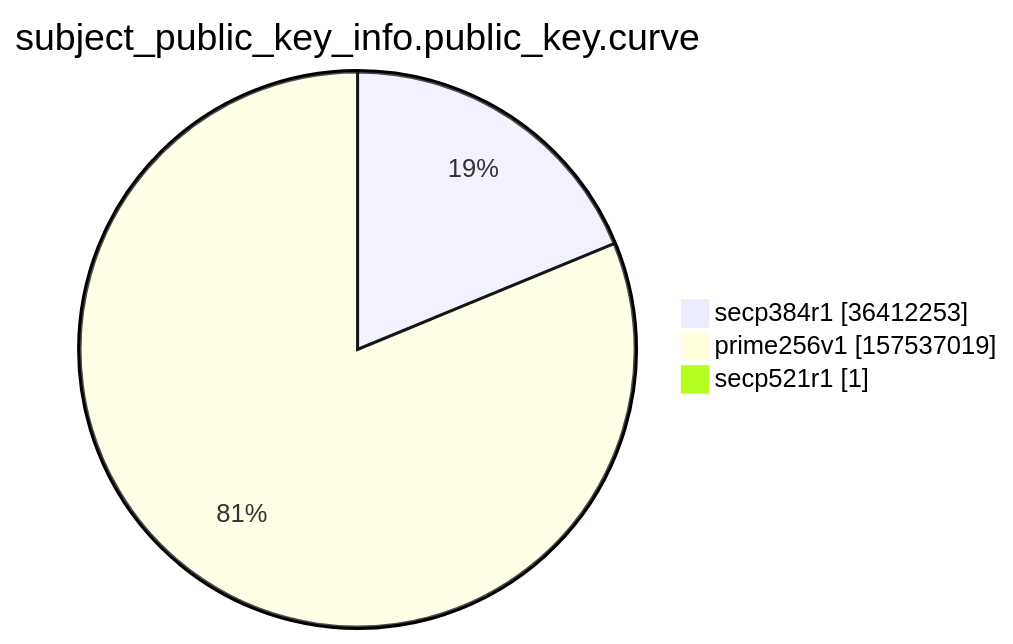
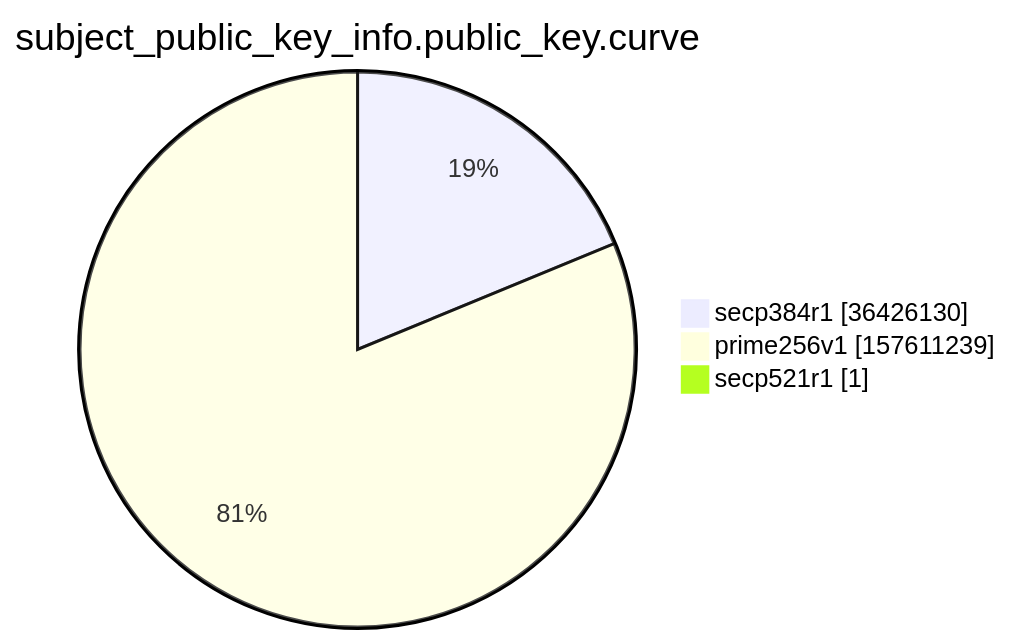
The ninth of 15 diagrams in argon2022/README.md (christiankrug/ctmonitor_visualization), drawn with Mermaid before and after one commit. The commit also changed other lines of this file, not shown here.

````diff
--- a/argon2022/README.md
+++ b/argon2022/README.md
@@ -2766,7 +2766,7 @@
 ```mermaid
 pie showData
 title subject_public_key_info.public_key.curve
-"secp384r1" :36412253
-"prime256v1" :157537019
+"secp384r1" :36426130
+"prime256v1" :157611239
 "secp521r1" :1
 ```
````
